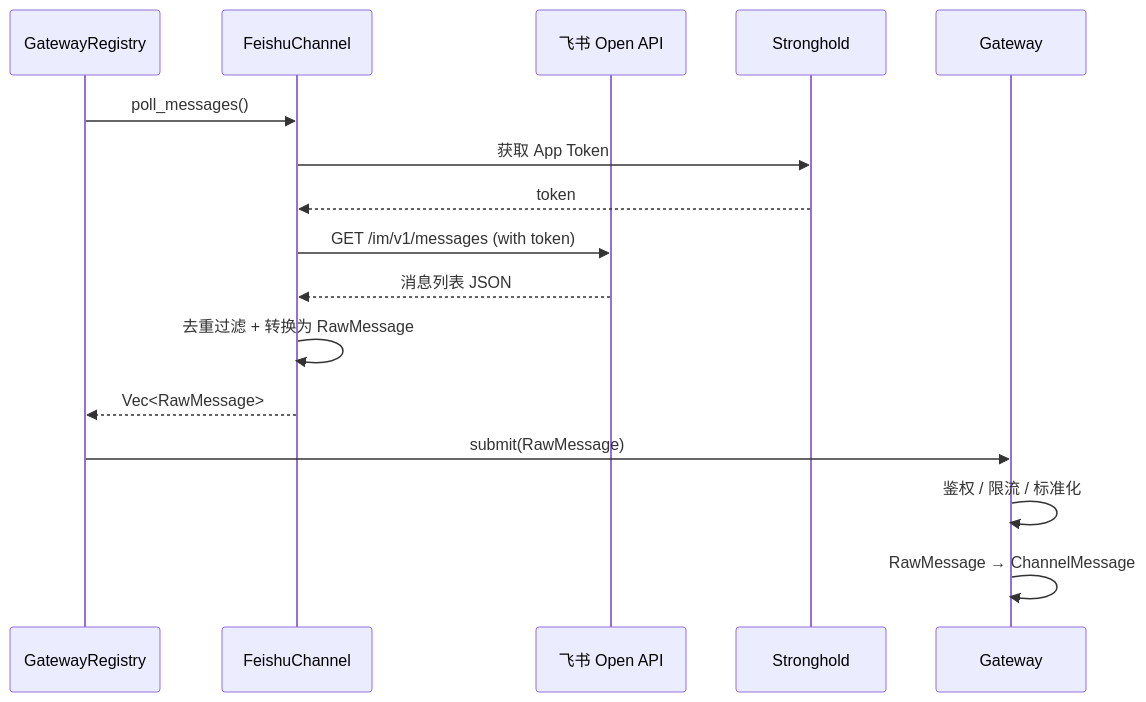
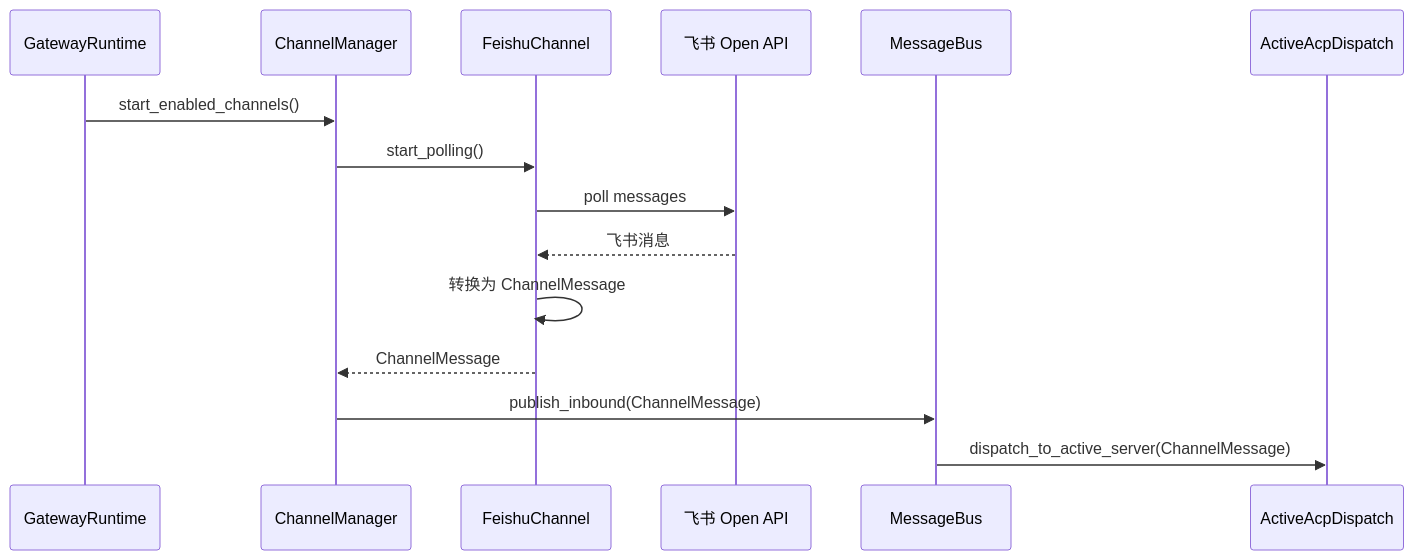
The second of 4 diagrams in docs/architecture/10-channel-gateway.md (zhuxining/MindClaw), drawn with Mermaid before and after one commit. The commit also changed other lines of this file and 8 other files, not shown here.

````diff
--- a/docs/architecture/10-channel-gateway.md
+++ b/docs/architecture/10-channel-gateway.md
@@ -117,19 +80,18 @@
 ```mermaid
 sequenceDiagram
-    participant Registry as GatewayRegistry
+    participant RT as GatewayRuntime
+    participant CM as ChannelManager
     participant FC as FeishuChannel
-    participant API as 飞书 Open API
-    participant Stronghold
-    participant GW as Gateway
+    participant FS as 飞书 Open API
+    participant MB as MessageBus
+    participant AD as ActiveAcpDispatch
 
-    Registry->>FC: poll_messages()
-    FC->>Stronghold: 获取 App Token
-    Stronghold-->>FC: token
-    FC->>API: GET /im/v1/messages (with token)
-    API-->>FC: 消息列表 JSON
-    FC->>FC: 去重过滤 + 转换为 RawMessage
-    FC-->>Registry: Vec<RawMessage>
-    Registry->>GW: submit(RawMessage)
-    GW->>GW: 鉴权 / 限流 / 标准化
-    GW->>GW: RawMessage → ChannelMessage
+    RT->>CM: start_enabled_channels()
+    CM->>FC: start_polling()
+    FC->>FS: poll messages
+    FS-->>FC: 飞书消息
+    FC->>FC: 转换为 ChannelMessage
+    FC-->>CM: ChannelMessage
+    CM->>MB: publish_inbound(ChannelMessage)
+    MB->>AD: dispatch_to_active_server(ChannelMessage)
 ```
````
